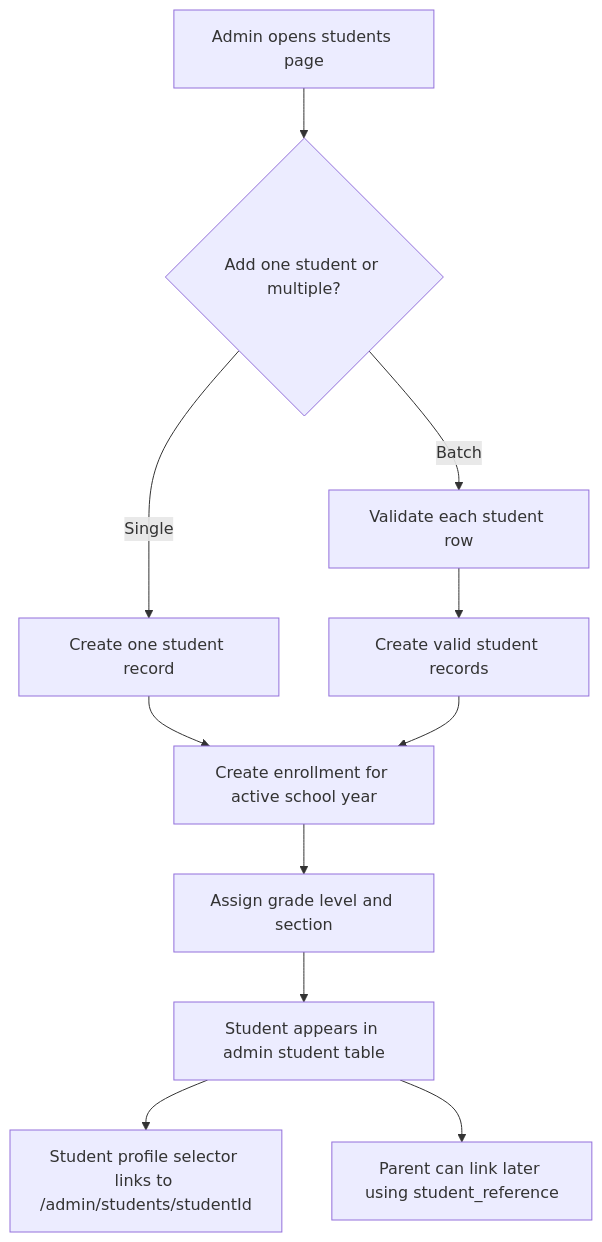
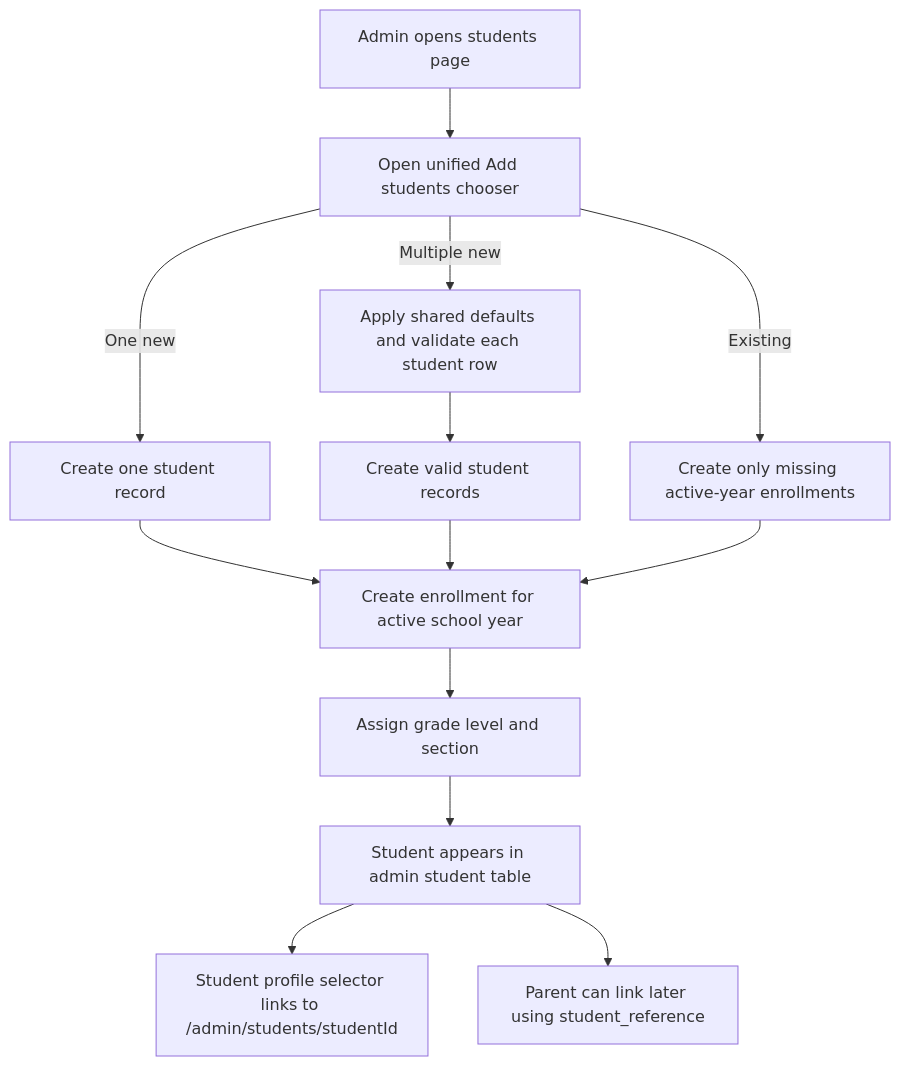
The third of 7 diagrams in docs/DATABASE_SCHEMA_PLAN.md (Xeyn19/xmetapay), drawn with Mermaid before and after one commit. The commit also changed other lines of this file and 16 other files, not shown here.

````diff
--- a/docs/DATABASE_SCHEMA_PLAN.md
+++ b/docs/DATABASE_SCHEMA_PLAN.md
@@ -741,13 +741,15 @@
 ```mermaid
 flowchart TD
-  A["Admin opens students page"] --> B{"Add one student or multiple?"}
-  B -->|Single| C["Create one student record"]
-  B -->|Batch| D["Validate each student row"]
+  A["Admin opens students page"] --> B["Open unified Add students chooser"]
+  B -->|One new| C["Create one student record"]
+  B -->|Multiple new| D["Apply shared defaults and validate each student row"]
+  B -->|Existing| D1["Create only missing active-year enrollments"]
   D --> E["Create valid student records"]
   C --> F["Create enrollment for active school year"]
   E --> F
+  D1 --> F
   F --> G["Assign grade level and section"]
   G --> H["Student appears in admin student table"]
   H --> I["Student profile selector links to /admin/students/studentId"]
   H --> J["Parent can link later using student_reference"]
 ```
````
